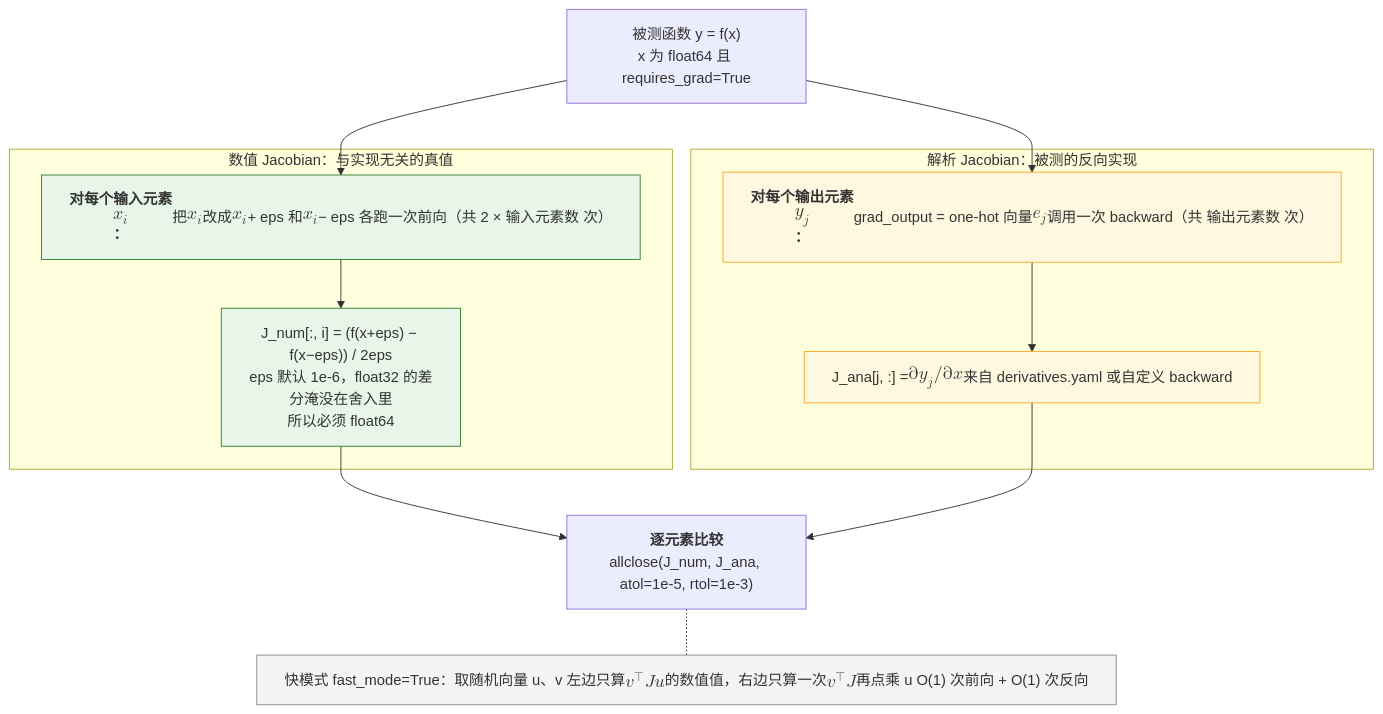
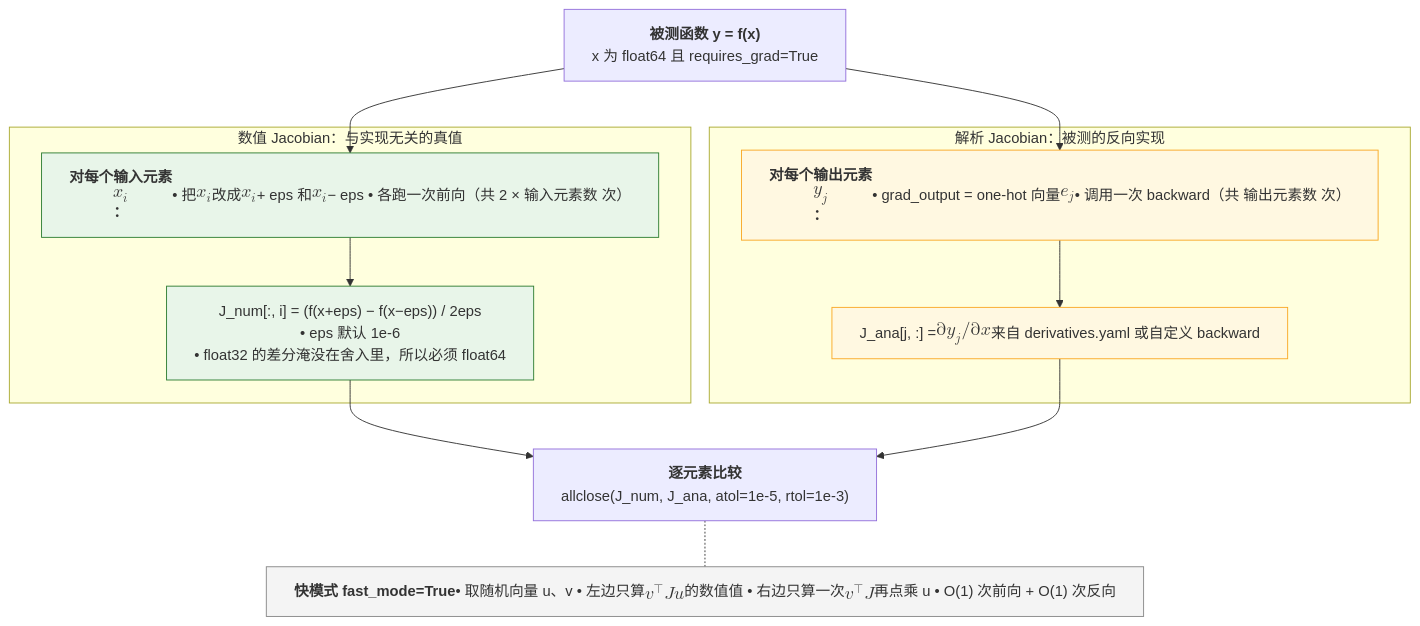
Before and after one commit to arganzheng/arganzheng.github.com: the second of 7 diagrams in _posts/2026-02-26-pytorch-engineering-system.md, drawn with Mermaid. The commit also changed other lines of this file and 9 other files, not shown here.

First line of the commit message:
PyTorch 系列其余 9 篇：流程图方框改成「标题 + 列表」

````diff
--- a/_posts/2026-02-26-pytorch-engineering-system.md
+++ b/_posts/2026-02-26-pytorch-engineering-system.md
@@ -368,29 +368,30 @@
 ```mermaid
+%%{init: {"flowchart": {"wrappingWidth": 440}}}%%
 %% 图：gradcheck 的内部：数值 Jacobian 与实现无关，解析 Jacobian 完全依赖被测的反向实现，逐元素比较
 flowchart TB
-    IN["被测函数 y = f(x)<br/>x 为 float64 且 requires_grad=True"]
+    IN["<b>被测函数 y = f(x)</b><br/>x 为 float64 且 requires_grad=True"]
     subgraph num["数值 Jacobian：与实现无关的真值"]
-        N1["<b>对每个输入元素 $$x_i$$：</b><br/>把 $$x_i$$ 改成 $$x_i$$ + eps 和 $$x_i$$ − eps<br/>各跑一次前向（共 2 × 输入元素数 次）"]
-        N2["J_num#91;:, i#93; = (f(x+eps) − f(x−eps)) / 2eps<br/>eps 默认 1e-6，float32 的差分淹没在舍入里<br/>所以必须 float64"]
+        N1["<b>对每个输入元素 $$x_i$$：</b><br/>• 把 $$x_i$$ 改成 $$x_i$$ + eps 和 $$x_i$$ − eps<br/>• 各跑一次前向（共 2 × 输入元素数 次）"]
+        N2["J_num#91;:, i#93; = (f(x+eps) − f(x−eps)) / 2eps<br/>• eps 默认 1e-6<br/>• float32 的差分淹没在舍入里，所以必须 float64"]
         N1 --> N2
     end
     subgraph ana["解析 Jacobian：被测的反向实现"]
-        A1["<b>对每个输出元素 $$y_j$$：</b><br/>grad_output = one-hot 向量 $$e_j$$<br/>调用一次 backward（共 输出元素数 次）"]
+        A1["<b>对每个输出元素 $$y_j$$：</b><br/>• grad_output = one-hot 向量 $$e_j$$<br/>• 调用一次 backward（共 输出元素数 次）"]
         A2["J_ana#91;j, :#93; = $$\partial y_j / \partial x$$<br/>来自 derivatives.yaml 或自定义 backward"]
         A1 --> A2
     end
     CMP["<b>逐元素比较</b><br/>allclose(J_num, J_ana, atol=1e-5, rtol=1e-3)"]
-    FAST["快模式 fast_mode=True：取随机向量 u、v<br/>左边只算 $$v^\top J u$$ 的数值值，右边只算一次 $$v^\top J$$ 再点乘 u<br/>O(1) 次前向 + O(1) 次反向"]
+    FAST["<b>快模式 fast_mode=True</b><br/>• 取随机向量 u、v<br/>• 左边只算 $$v^\top J u$$ 的数值值<br/>• 右边只算一次 $$v^\top J$$ 再点乘 u<br/>• O(1) 次前向 + O(1) 次反向"]
     IN --> N1
     IN --> A1
     N2 --> CMP
     A2 --> CMP
     CMP -.- FAST
 
     classDef truth fill:#e8f5e9,stroke:#2e7d32;
     classDef tested fill:#fff8e1,stroke:#f9a825;
     classDef note fill:#f4f4f4,stroke:#888;
     class N1,N2 truth;
     class A1,A2 tested;
     class FAST note;
 ```
````
